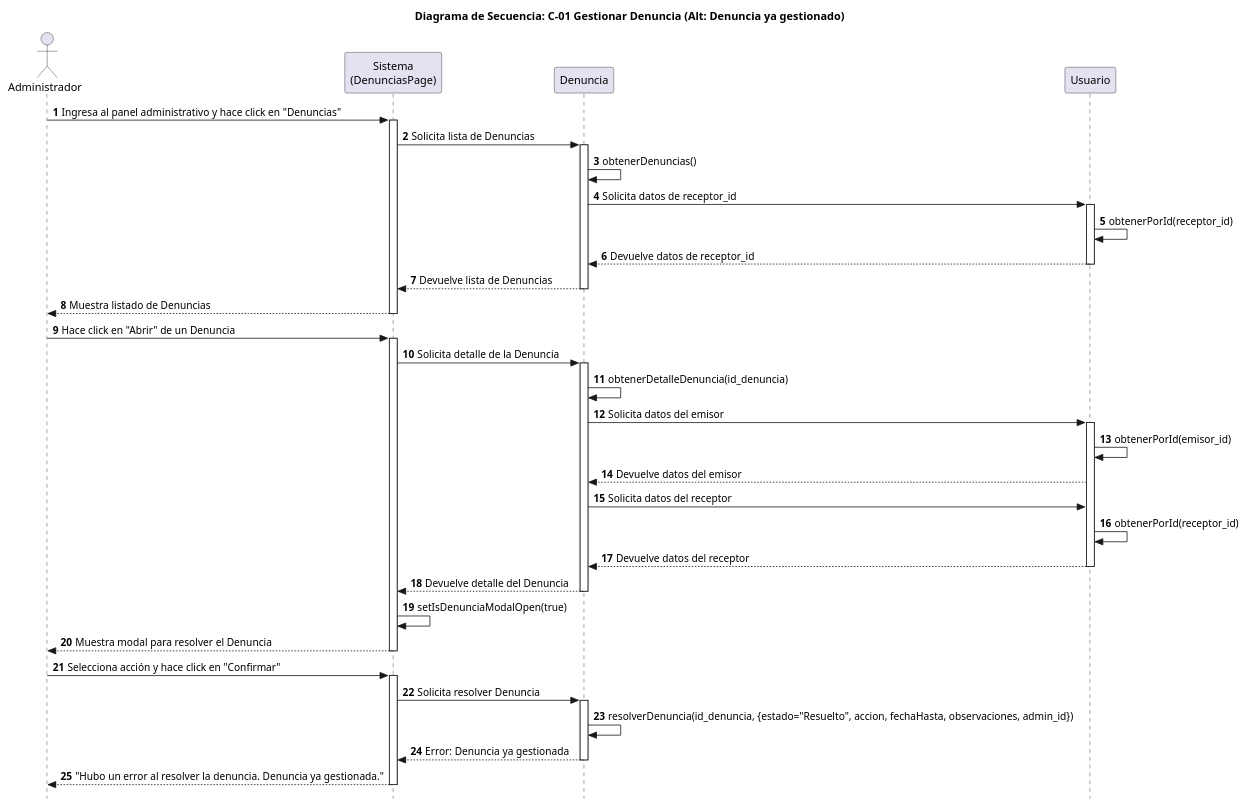
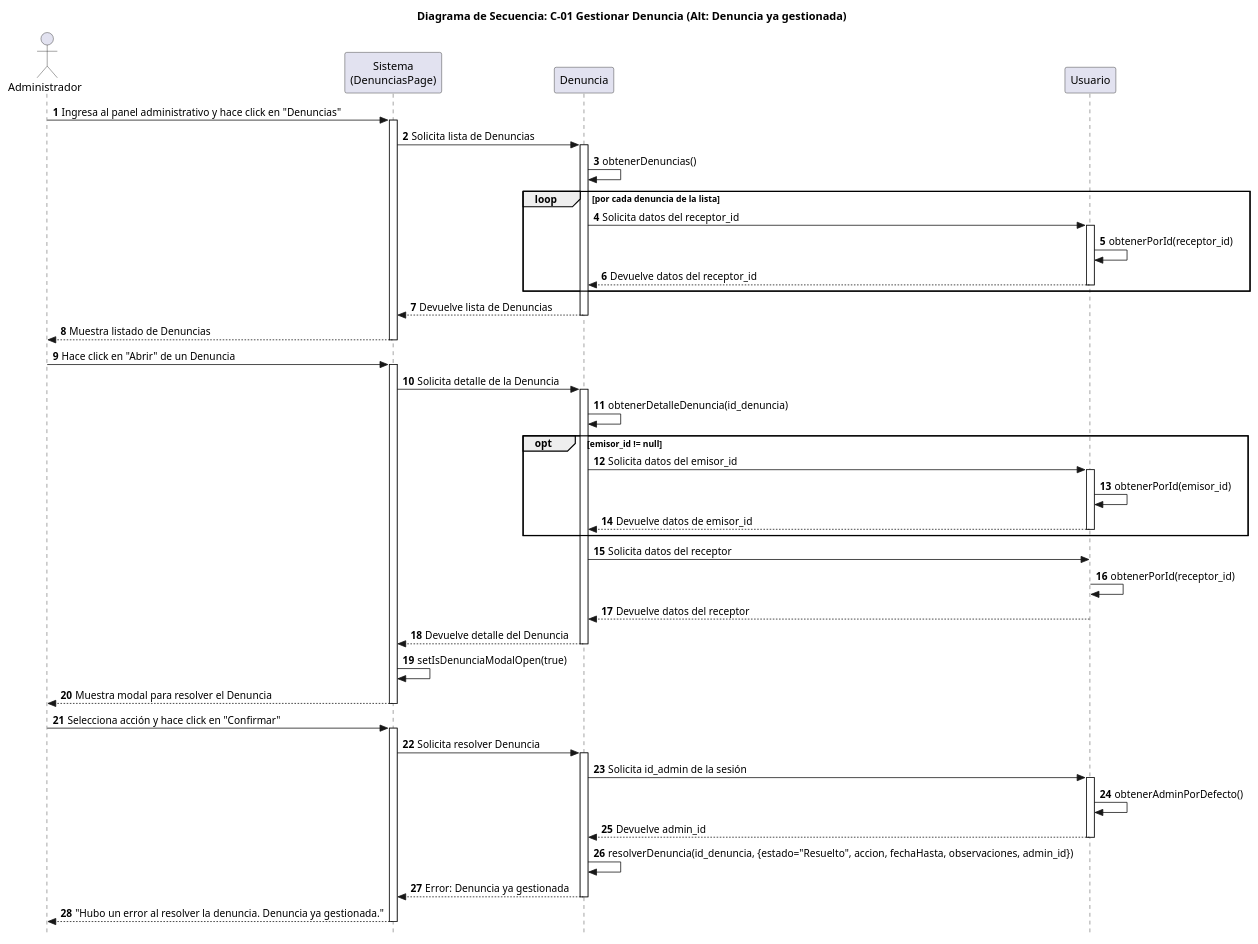
Before and after one commit to SantiagoScetti/sic-unne-admin: the diagram in docs/puml/diagramas_de_Secuencia_Sabrina/C-01 Gestionar Denuncias (denuncia ya procesada).puml, drawn with PlantUML. The commit also changed 20 other files, not shown here.

Commit message:
Actualizaciones de los codigos puml para diagramas de secuencia y creacion de servicios en profesor, denuncia y comision

```diff
--- a/docs/puml/diagramas_de_Secuencia_Sabrina/C-01 Gestionar Denuncias (denuncia ya procesada).puml
+++ b/docs/puml/diagramas_de_Secuencia_Sabrina/C-01 Gestionar Denuncias (denuncia ya procesada).puml
@@ -1,59 +1,69 @@
 @startuml
 
-title Diagrama de Secuencia: C-01 Gestionar Denuncia (Alt: Denuncia ya gestionado)
+title Diagrama de Secuencia: C-01 Gestionar Denuncia (Alt: Denuncia ya gestionada)
 
 skinparam style strictuml
 skinparam ParticipantPadding 30
 skinparam BoxPadding 12
 
 autonumber
 
 actor Administrador
 participant "Sistema\n(DenunciasPage)" as Interfaz
 participant "Denuncia"                   as Denuncia
 
 Administrador -> Interfaz: Ingresa al panel administrativo y hace click en "Denuncias"
 activate Interfaz
 Interfaz -> Denuncia: Solicita lista de Denuncias
 activate Denuncia
 Denuncia -> Denuncia: obtenerDenuncias()
-Denuncia -> Usuario: Solicita datos de receptor_id
-activate Usuario
-Usuario -> Usuario: obtenerPorId(receptor_id)
-Usuario --> Denuncia: Devuelve datos de receptor_id
-deactivate Usuario
+loop por cada denuncia de la lista
+  Denuncia -> Usuario: Solicita datos del receptor_id
+  activate Usuario
+  Usuario -> Usuario: obtenerPorId(receptor_id)
+  Usuario --> Denuncia: Devuelve datos del receptor_id
+  deactivate Usuario
+end
 Denuncia --> Interfaz: Devuelve lista de Denuncias
 deactivate Denuncia
 Interfaz --> Administrador: Muestra listado de Denuncias
 deactivate Interfaz
 Administrador -> Interfaz: Hace click en "Abrir" de un Denuncia
 activate Interfaz
 Interfaz -> Denuncia: Solicita detalle de la Denuncia
 activate Denuncia
 Denuncia -> Denuncia: obtenerDetalleDenuncia(id_denuncia)
-Denuncia -> Usuario: Solicita datos del emisor
-activate Usuario
-Usuario -> Usuario: obtenerPorId(emisor_id)
-Usuario --> Denuncia: Devuelve datos del emisor
+opt emisor_id != null
+  Denuncia -> Usuario: Solicita datos del emisor_id
+  activate Usuario
+  Usuario -> Usuario: obtenerPorId(emisor_id)
+  Usuario --> Denuncia: Devuelve datos de emisor_id
+  deactivate Usuario
+end
 Denuncia -> Usuario: Solicita datos del receptor
 Usuario -> Usuario: obtenerPorId(receptor_id)
 Usuario --> Denuncia: Devuelve datos del receptor
 deactivate Usuario
 
 Denuncia --> Interfaz: Devuelve detalle del Denuncia
 deactivate Denuncia
 Interfaz -> Interfaz: setIsDenunciaModalOpen(true)
 Interfaz --> Administrador: Muestra modal para resolver el Denuncia
 deactivate Interfaz
 Administrador -> Interfaz: Selecciona acción y hace click en "Confirmar"
 activate Interfaz
 Interfaz -> Denuncia: Solicita resolver Denuncia
 activate Denuncia
+Denuncia -> Usuario: Solicita id_admin de la sesión
+activate Usuario
+Usuario -> Usuario: obtenerAdminPorDefecto()
+Usuario --> Denuncia: Devuelve admin_id
+deactivate Usuario
 Denuncia -> Denuncia: resolverDenuncia(id_denuncia, {estado="Resuelto", accion, fechaHasta, observaciones, admin_id})
 Denuncia --> Interfaz: Error: Denuncia ya gestionada
 deactivate Denuncia
 Interfaz --> Administrador: "Hubo un error al resolver la denuncia. Denuncia ya gestionada."
 
 deactivate Interfaz
 
 @enduml
```
